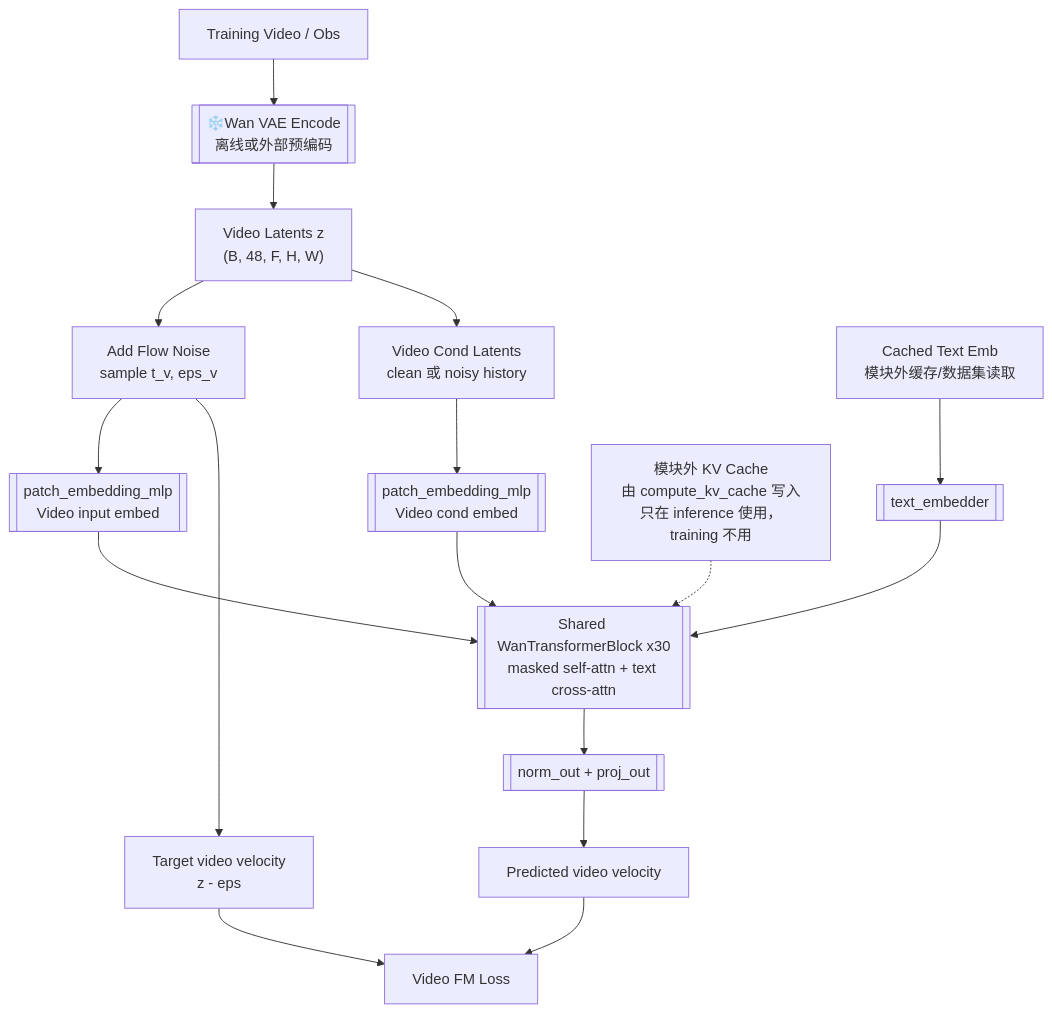
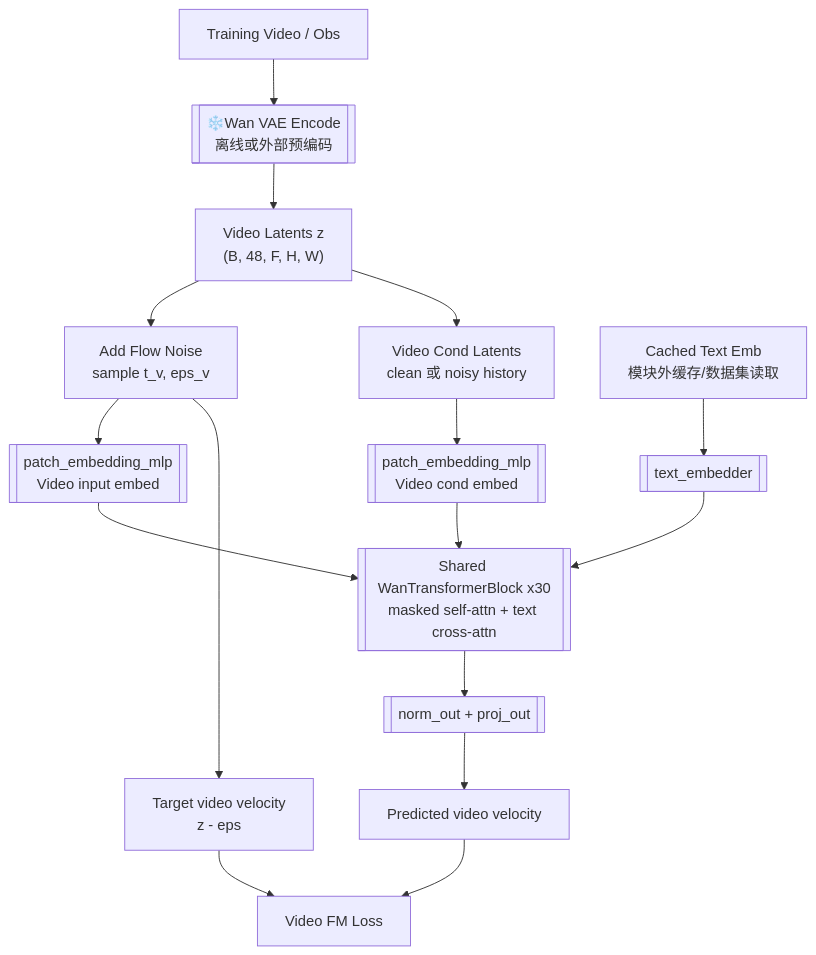
The second of 6 diagrams in papers/papers-batch-1.md (julyfun/how-to), drawn with Mermaid before and after one commit. The commit also changed other lines of this file and 1 other file, not shown here.

````diff
--- a/papers/papers-batch-1.md
+++ b/papers/papers-batch-1.md
@@ -33,19 +105,18 @@
 ```mermaid
 flowchart TD
     vraw["Training Video / Obs"] --> vae[["❄️Wan VAE Encode<br/>离线或外部预编码"]]
     vae --> vdata["Video Latents z<br/>(B, 48, F, H, W)"]
     vdata --> vnoise["Add Flow Noise<br/>sample t_v, eps_v"]
     vdata --> vcond["Video Cond Latents<br/>clean 或 noisy history"]
     vnoise --> vemb[["patch_embedding_mlp<br/>Video input embed"]]
     vcond --> vcemb[["patch_embedding_mlp<br/>Video cond embed"]]
     prompt["Cached Text Emb<br/>模块外缓存/数据集读取"] --> textproj[["text_embedder"]]
-    kv["模块外 KV Cache<br/>由 compute_kv_cache 写入<br/>只在 inference 使用，training 不用"] -.-> blocks
     vemb --> blocks[["Shared WanTransformerBlock x30<br/>masked self-attn + text cross-attn"]]
     vcemb --> blocks
     textproj --> blocks
     blocks --> vhead[["norm_out + proj_out"]]
     vhead --> vpred["Predicted video velocity"]
     vnoise --> vtgt["Target video velocity<br/>z - eps"]
     vpred --> vloss["Video FM Loss"]
     vtgt --> vloss
 ```
````
